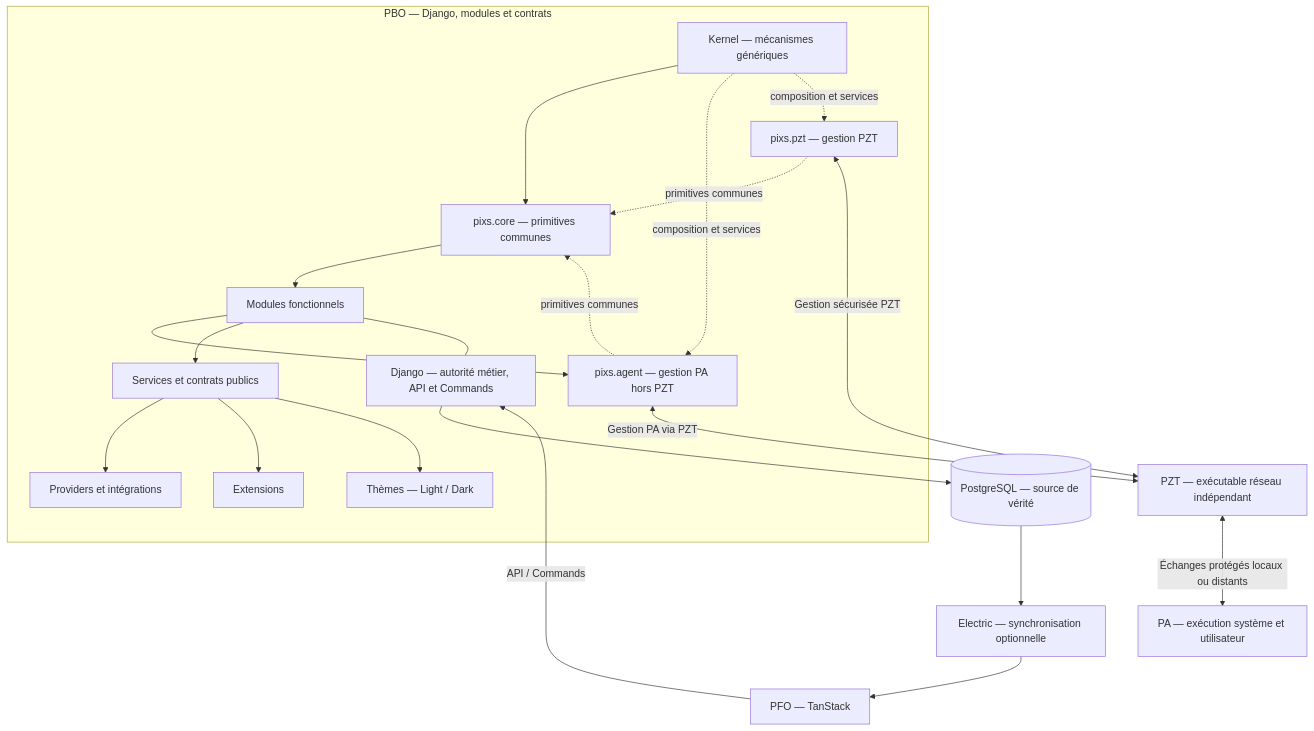
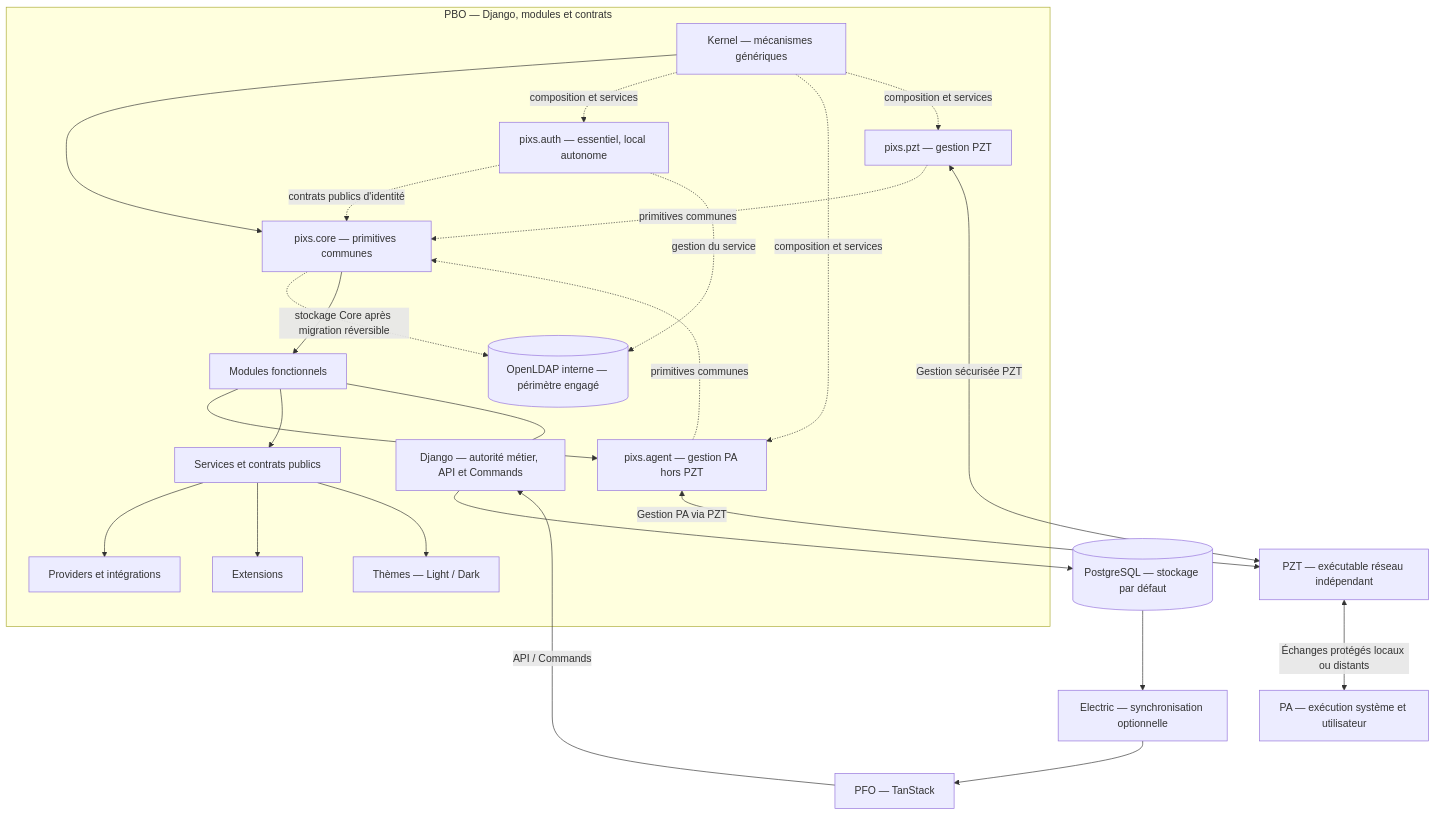
Before and after one commit to AzenorPixs/pixs: the second of 3 diagrams in PROJECT.md, drawn with Mermaid. The commit also changed other lines of this file and 277 other files, not shown here.

````diff
--- a/PROJECT.md
+++ b/PROJECT.md
@@ -3478,23 +3537,27 @@
 ```mermaid
 flowchart TB
     subgraph B["PBO — Django, modules et contrats"]
         K["Kernel — mécanismes génériques"] --> C["pixs.core — primitives communes"]
+        K -. "composition et services" .-> AU["pixs.auth — essentiel, local autonome"]
+        AU -. "contrats publics d'identité" .-> C
+        C -. "stockage Core après migration réversible" .-> LD[("OpenLDAP interne — périmètre engagé")]
+        AU -. "gestion du service" .-> LD
         C --> M["Modules fonctionnels"]
         K -. "composition et services" .-> A["pixs.agent — gestion PA hors PZT"]
         K -. "composition et services" .-> Z["pixs.pzt — gestion PZT"]
         A -. "primitives communes" .-> C
         Z -. "primitives communes" .-> C
         M --> A
         M --> S["Services et contrats publics"]
         S --> V["Providers et intégrations"]
         S --> X["Extensions"]
         S --> TH["Thèmes — Light / Dark"]
         M --- DJ["Django — autorité métier, API et Commands"]
     end
-    DJ --> DB[("PostgreSQL — source de vérité")]
+    DJ --> DB[("PostgreSQL — stockage par défaut")]
     FE["PFO — TanStack"] -->|"API / Commands"| DJ
     DB --> E["Electric — synchronisation optionnelle"] --> FE
     A <-->|"Gestion PA via PZT"| T["PZT — exécutable réseau indépendant"]
     Z <-->|"Gestion sécurisée PZT"| T
     T <-->|"Échanges protégés locaux ou distants"| P["PA — exécution système et utilisateur"]
 ```
````
